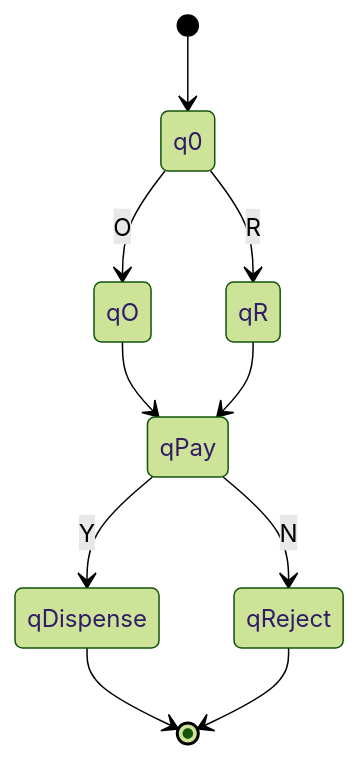
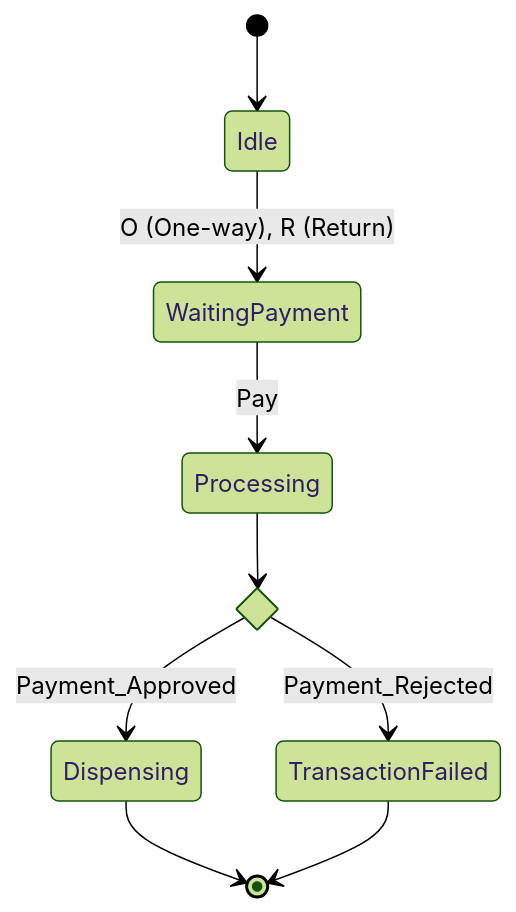
One commit to ziaur390/finite_state_machine changed the second of 3 diagrams in README.md. Above: the diagram before and after it, drawn with Mermaid (forest theme). The commit also changed other lines of this file, not shown here.

````diff
--- a/README.md
+++ b/README.md
@@ -106,15 +50,17 @@
 ```mermaid
 stateDiagram-v2
-    [*] --> q0
-    q0 --> qO: O
-    q0 --> qR: R
-
-    qO --> qPay
-    qR --> qPay
-
-    qPay --> qDispense: Y
-    qPay --> qReject: N
-
-    qDispense --> [*]
-    qReject --> [*]
+    [*] --> Idle
+    
+    Idle --> WaitingPayment : O (One-way), R (Return)
+    
+    WaitingPayment --> Processing : Pay
+    
+    state Processing_Choice <<choice>>
+    Processing --> Processing_Choice
+    
+    Processing_Choice --> Dispensing : Payment_Approved
+    Processing_Choice --> TransactionFailed : Payment_Rejected
+    
+    Dispensing --> [*]
+    TransactionFailed --> [*]
 ```
````
